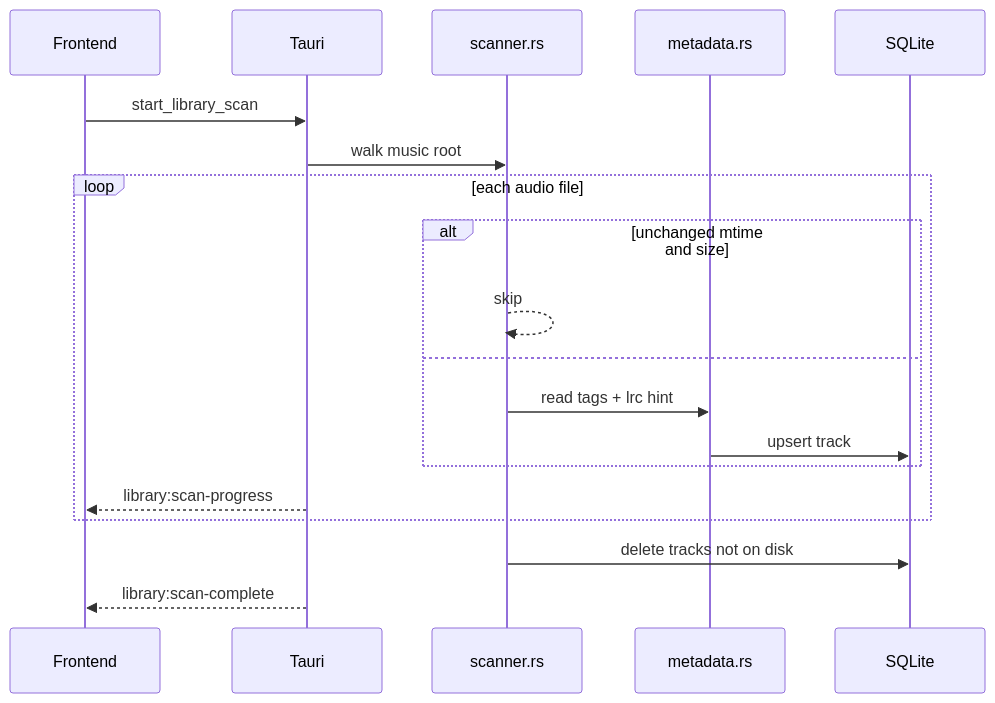
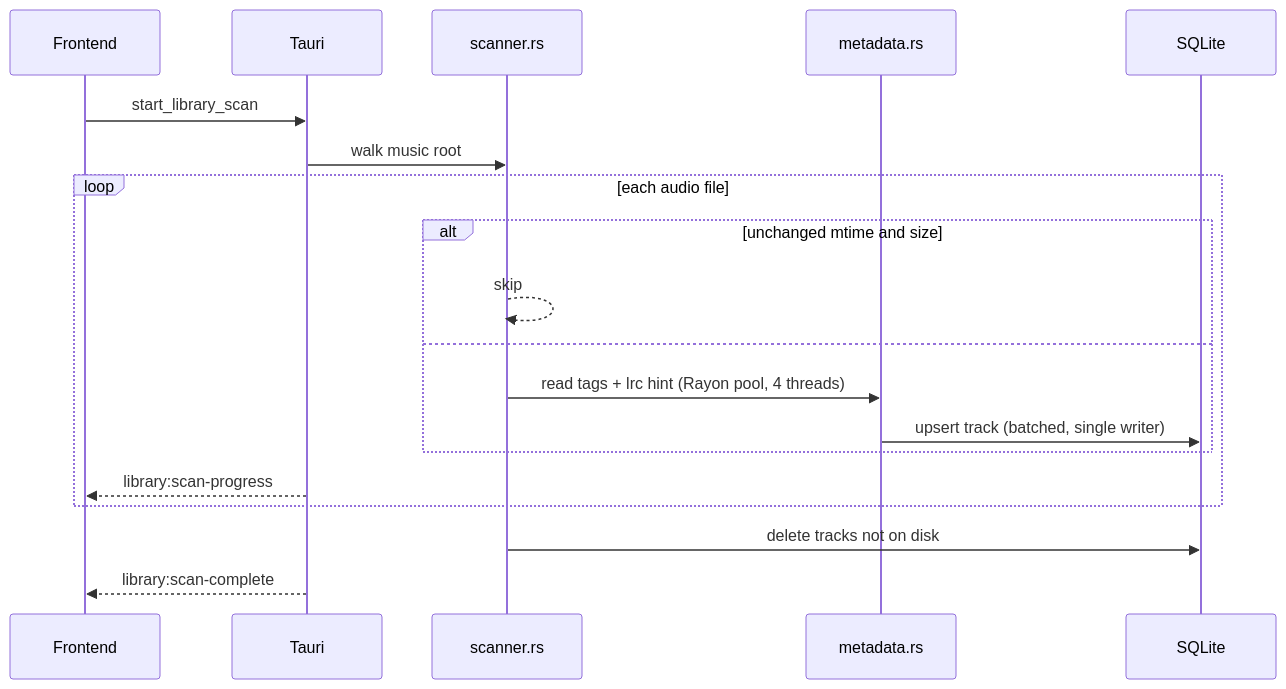
Before and after one commit to 5kyguy/brook: the second of 4 diagrams in docs/ARCHITECTURE.md, drawn with Mermaid. The commit also changed other lines of this file and 1 other file, not shown here.

````diff
--- a/docs/ARCHITECTURE.md
+++ b/docs/ARCHITECTURE.md
@@ -152,22 +154,22 @@
 ```mermaid
 sequenceDiagram
   participant UI as Frontend
   participant Tauri as Tauri
   participant Scan as scanner.rs
   participant Meta as metadata.rs
   participant DB as SQLite
 
   UI->>Tauri: start_library_scan
   Tauri->>Scan: walk music root
   loop each audio file
     alt unchanged mtime and size
       Scan-->>Scan: skip
     else
-      Scan->>Meta: read tags + lrc hint
-      Meta->>DB: upsert track
+      Scan->>Meta: read tags + lrc hint (Rayon pool, 4 threads)
+      Meta->>DB: upsert track (batched, single writer)
     end
     Tauri-->>UI: library:scan-progress
   end
   Scan->>DB: delete tracks not on disk
   Tauri-->>UI: library:scan-complete
 ```
````
